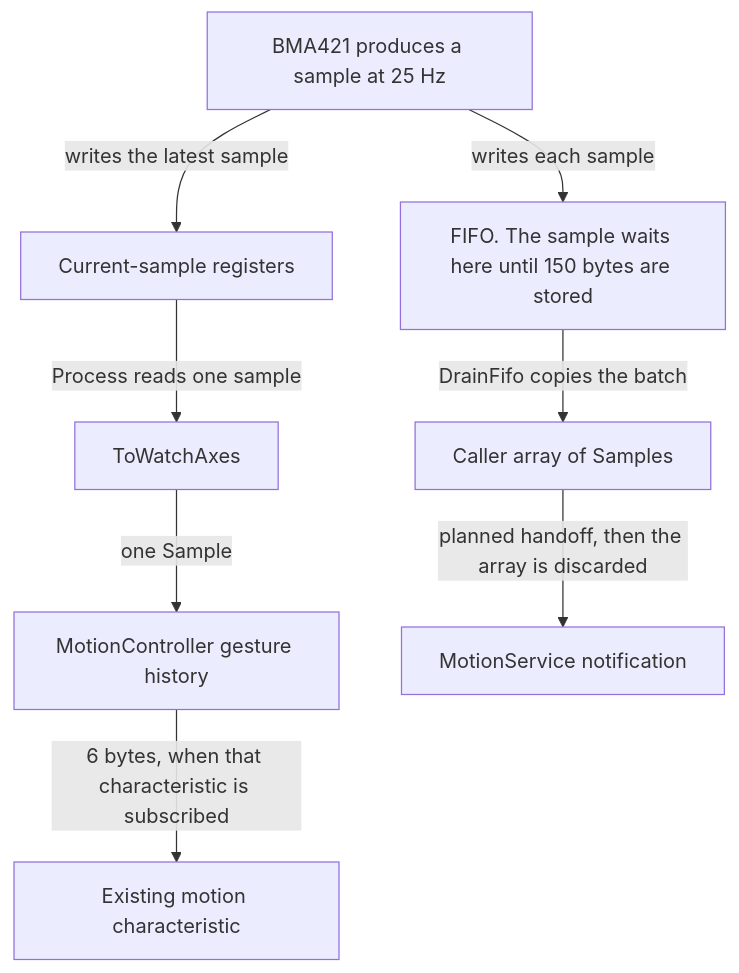
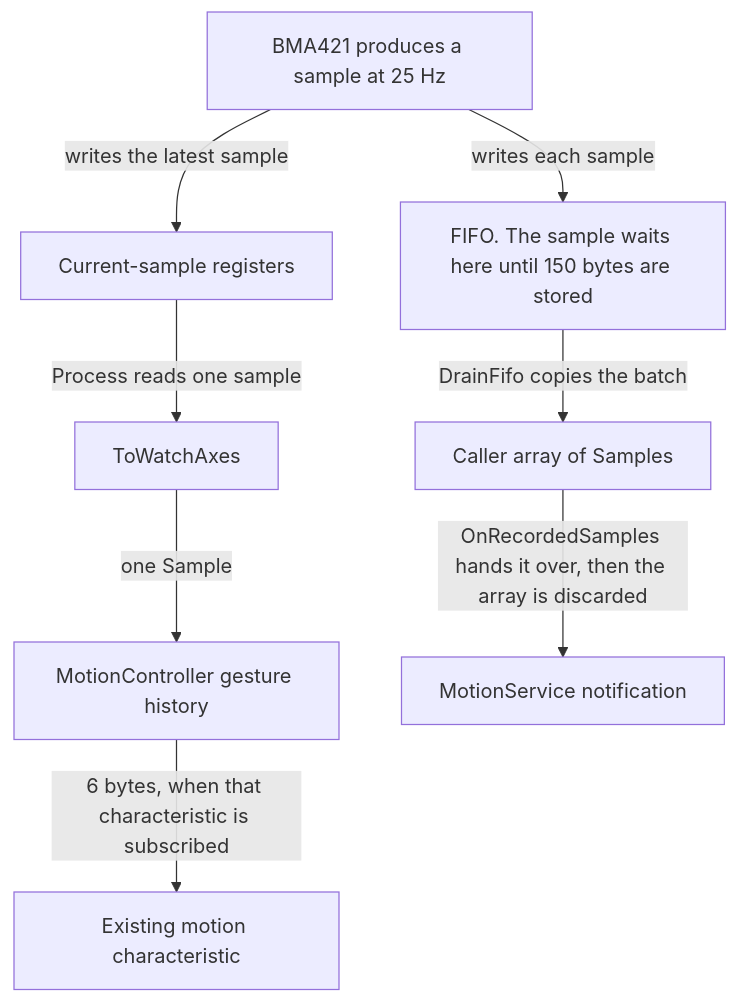
The first of 2 diagrams in doc/AccelFifo.md (John-ambrad/parkinsense_infinitime), drawn with Mermaid before and after one commit. The commit also changed other lines of this file and 8 other files, not shown here.

First line of the commit message:
Send a FIFO batch when a phone subscribes to the motion service.

````diff
--- a/doc/AccelFifo.md
+++ b/doc/AccelFifo.md
@@ -28,13 +28,13 @@
 ```mermaid
 flowchart TD
   chip[BMA421 produces a sample at 25 Hz]
   chip -->|writes each sample| fifo[FIFO. The sample waits here until 150 bytes are stored]
   chip -->|writes the latest sample| regs[Current-sample registers]
 
   regs -->|Process reads one sample| axes[ToWatchAxes]
   axes -->|one Sample| gestures[MotionController gesture history]
   gestures -->|6 bytes, when that characteristic is subscribed| six[Existing motion characteristic]
 
   fifo -->|DrainFifo copies the batch| local[Caller array of Samples]
-  local -->|planned handoff, then the array is discarded| notify[MotionService notification]
+  local -->|OnRecordedSamples hands it over, then the array is discarded| notify[MotionService notification]
 ```
````
